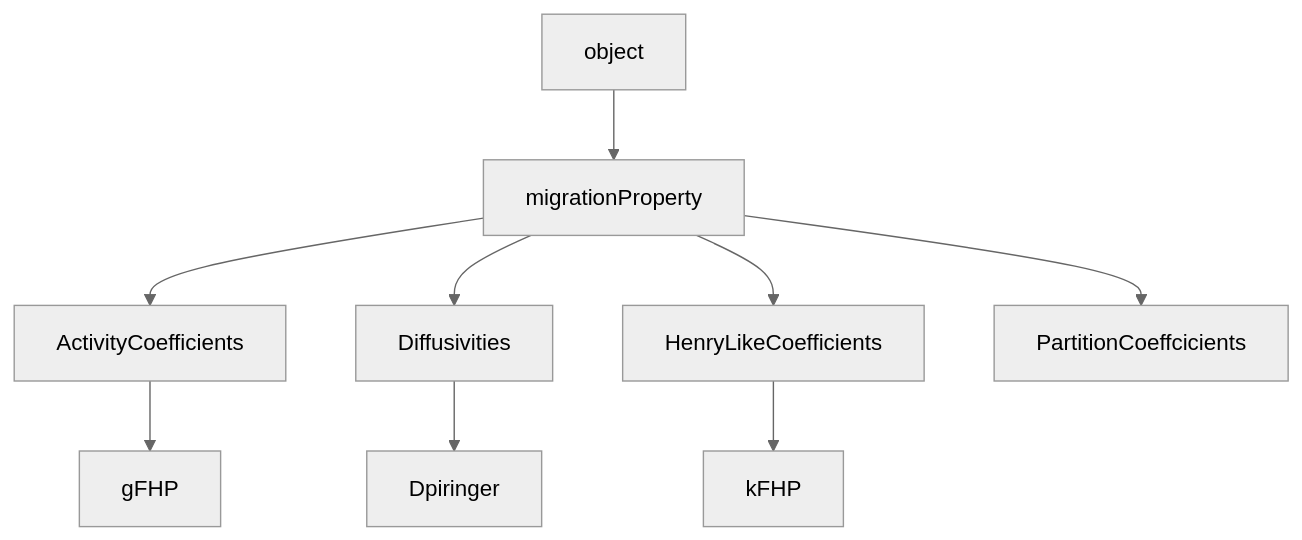
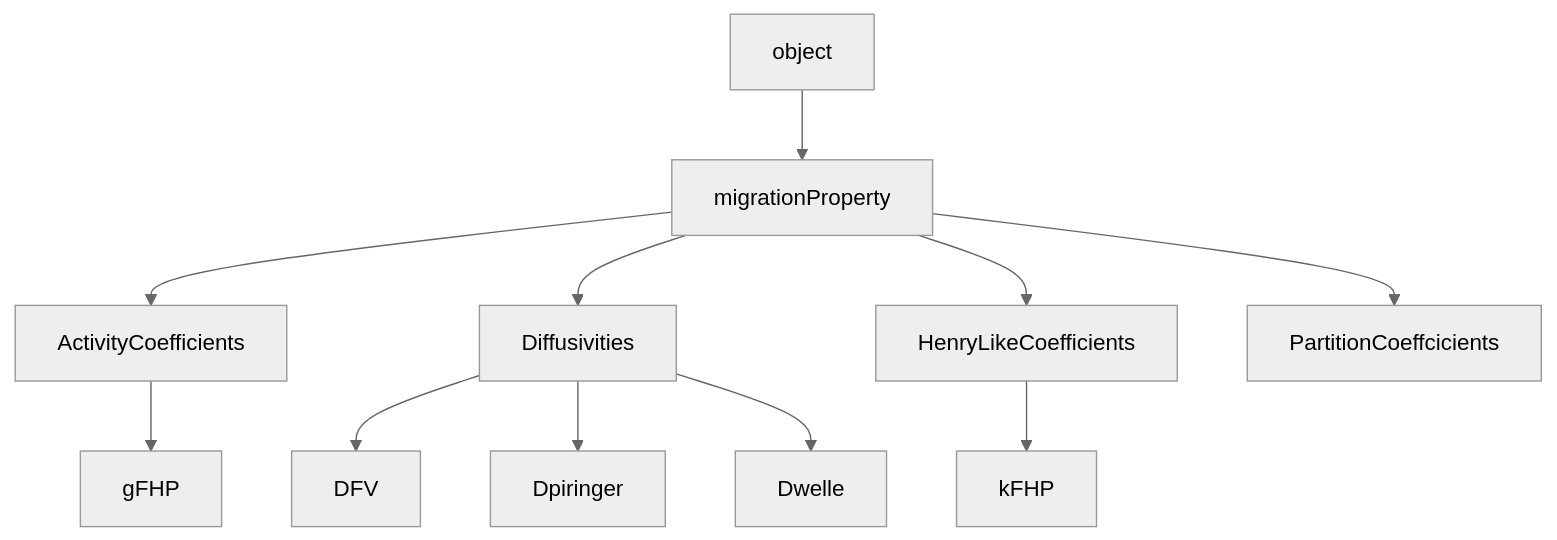
Before and after one commit to ovitrac/SFPPy: the eighth of 8 diagrams in docs/SFPPy_classes_documentation.md, drawn with Mermaid (neutral theme). The commit also changed other lines of this file and 98 other files, not shown here.

````diff
--- a/docs/SFPPy_classes_documentation.md
+++ b/docs/SFPPy_classes_documentation.md
@@ -2787,19 +3055,23 @@
 ```mermaid
 graph TD;
 ActivityCoefficients
+DFV
 Diffusivities
 Dpiringer
+Dwelle
 HenryLikeCoefficients
 PartitionCoeffcicients
 gFHP
 kFHP
 migrationProperty
 ActivityCoefficients --> gFHP
+Diffusivities --> DFV
 Diffusivities --> Dpiringer
+Diffusivities --> Dwelle
 HenryLikeCoefficients --> kFHP
 migrationProperty --> ActivityCoefficients
 migrationProperty --> Diffusivities
 migrationProperty --> HenryLikeCoefficients
 migrationProperty --> PartitionCoeffcicients
 object --> migrationProperty
 ```
````
